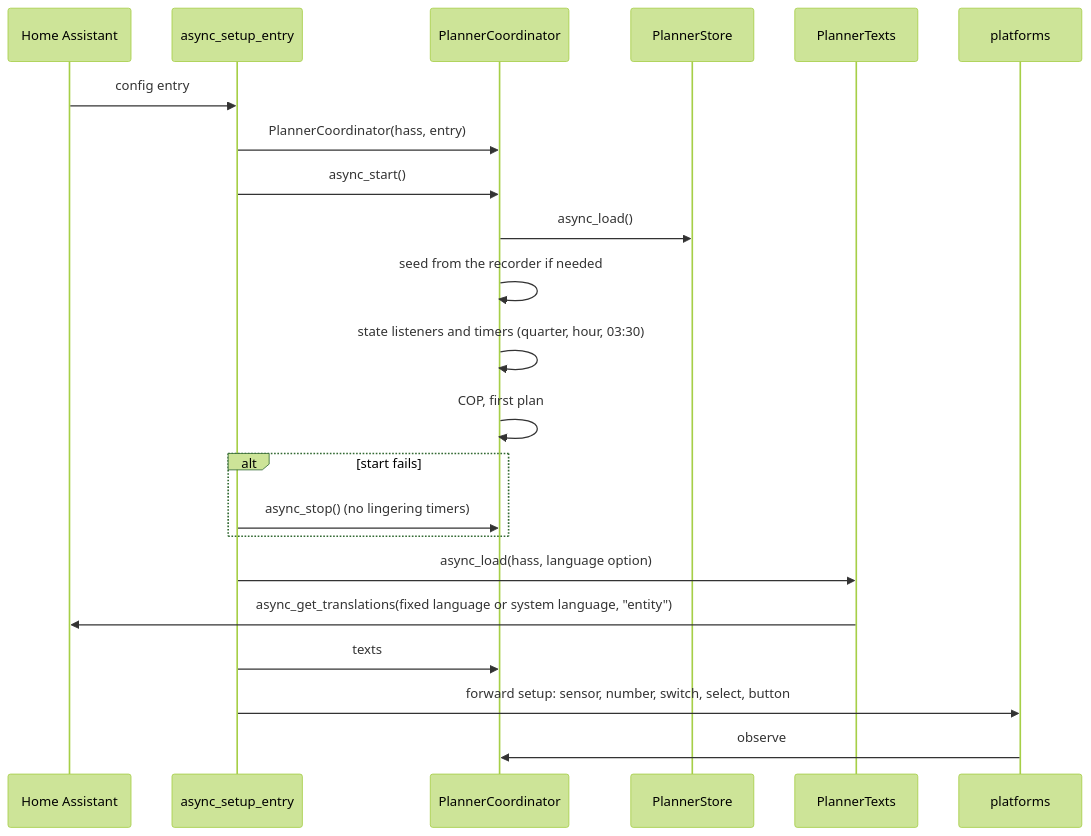
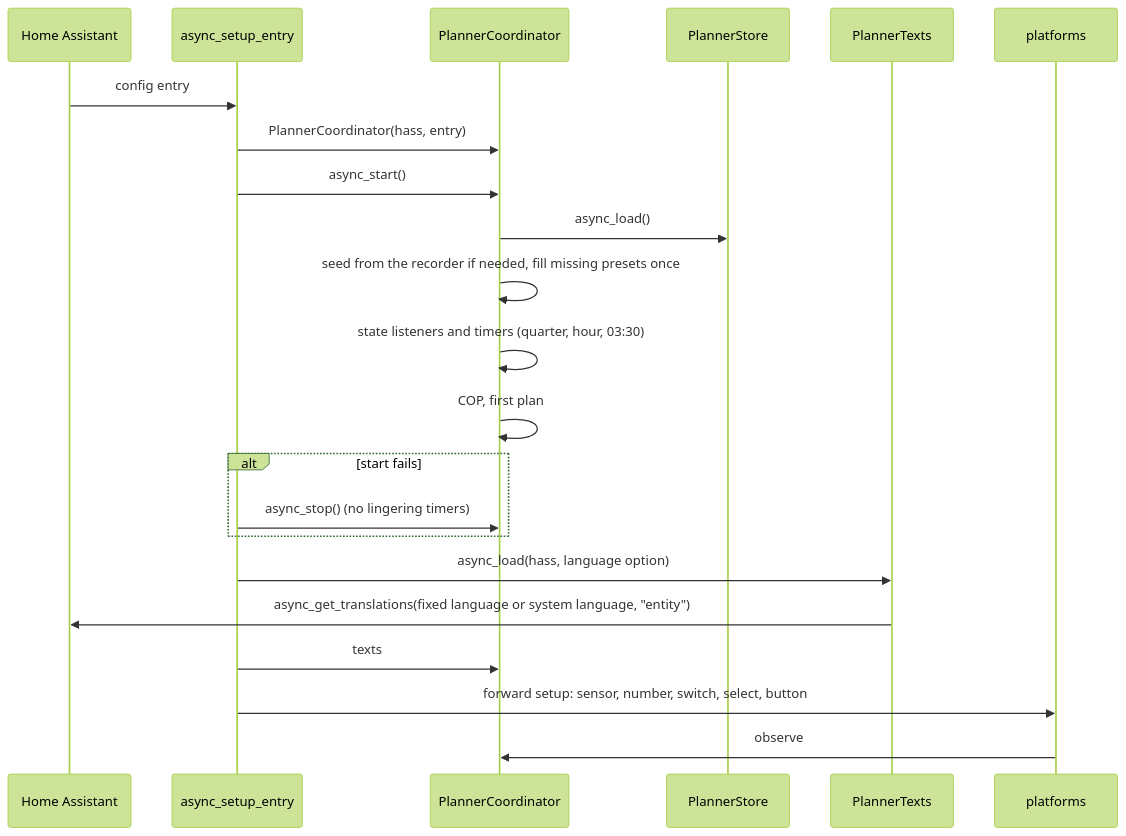
Before and after one commit to abroeders/pond-heatpump-price-planner: diagram 18 of 25 in docs/architecture.md, drawn with Mermaid (forest theme). The commit also changed other lines of this file and 6 other files, not shown here.

````diff
--- a/docs/architecture.md
+++ b/docs/architecture.md
@@ -764,24 +820,24 @@
 ```mermaid
 sequenceDiagram
     participant HA as Home Assistant
     participant Init as async_setup_entry
     participant Co as PlannerCoordinator
     participant Store as PlannerStore
     participant Texts as PlannerTexts
     participant Ent as platforms
     HA->>Init: config entry
     Init->>Co: PlannerCoordinator(hass, entry)
     Init->>Co: async_start()
     Co->>Store: async_load()
-    Co->>Co: seed from the recorder if needed
+    Co->>Co: seed from the recorder if needed, fill missing presets once
     Co->>Co: state listeners and timers (quarter, hour, 03:30)
     Co->>Co: COP, first plan
     alt start fails
         Init->>Co: async_stop() (no lingering timers)
     end
     Init->>Texts: async_load(hass, language option)
     Texts->>HA: async_get_translations(fixed language or system language, "entity")
     Init->>Co: texts
     Init->>Ent: forward setup: sensor, number, switch, select, button
     Ent->>Co: observe
 ```
````
